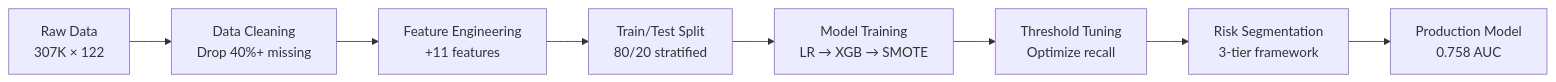
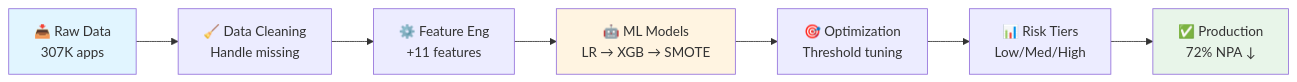
The first of 4 diagrams in README.md (dvinix/credit_risk_project), drawn with Mermaid before and after one commit. The commit also changed other lines of this file, not shown here.

````diff
--- a/README.md
+++ b/README.md
@@ -112,10 +95,13 @@
 ```mermaid
 graph LR
-    A[Raw Data<br/>307K × 122] --> B[Data Cleaning<br/>Drop 40%+ missing]
-    B --> C[Feature Engineering<br/>+11 features]
-    C --> D[Train/Test Split<br/>80/20 stratified]
-    D --> E[Model Training<br/>LR → XGB → SMOTE]
-    E --> F[Threshold Tuning<br/>Optimize recall]
-    F --> G[Risk Segmentation<br/>3-tier framework]
-    G --> H[Production Model<br/>0.758 AUC]
+    A[📥 Raw Data<br/>307K apps] --> B[🧹 Data Cleaning<br/>Handle missing]
+    B --> C[⚙️ Feature Eng<br/>+11 features]
+    C --> D[🤖 ML Models<br/>LR → XGB → SMOTE]
+    D --> E[🎯 Optimization<br/>Threshold tuning]
+    E --> F[📊 Risk Tiers<br/>Low/Med/High]
+    F --> G[✅ Production<br/>72% NPA ↓]
+    
+    style A fill:#e1f5ff
+    style D fill:#fff4e1
+    style G fill:#e8f5e9
 ```
````
